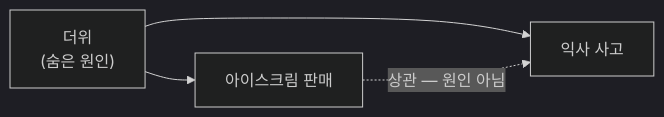
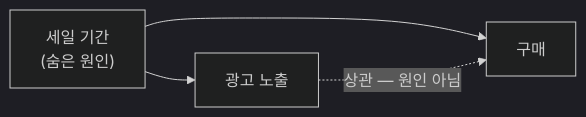
Before and after one commit to chkimsu/adtech-blog: the diagram in posts/causal-inference-101.md, drawn with Mermaid (dark theme). The commit also changed other lines of this file and 8 other files, not shown here.

````diff
--- a/posts/causal-inference-101.md
+++ b/posts/causal-inference-101.md
@@ -159,6 +157,6 @@
 ```mermaid
 graph LR
-  H["더위<br/>(숨은 원인)"] --> I["아이스크림 판매"]
-  H --> D["익사 사고"]
+  H["세일 기간<br/>(숨은 원인)"] --> I["광고 노출"]
+  H --> D["구매"]
   I -.->|"상관 — 원인 아님"| D
 ```
````
